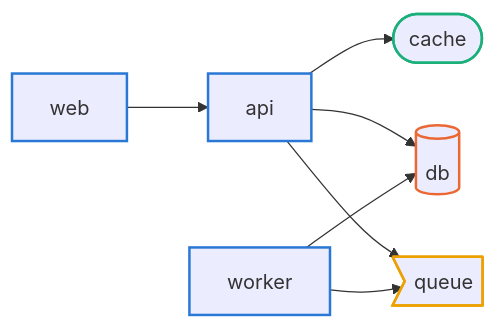
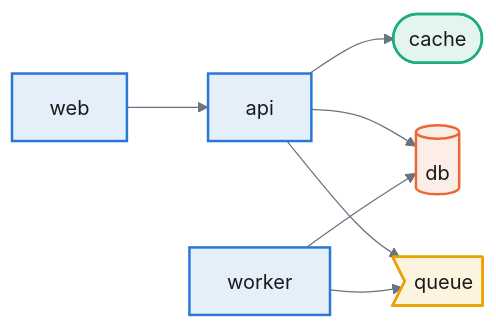
The diagram in ARCHITECTURE.md (edgaragg/trazo), drawn with Mermaid before and after one commit. The commit also changed 4 other files, not shown here.

````diff
--- a/ARCHITECTURE.md
+++ b/ARCHITECTURE.md
@@ -6,23 +6,24 @@
 ```mermaid
+%%{init: {'theme':'base','themeVariables':{'lineColor':'#6b7280'}}}%%
 flowchart LR
   n_api["api"]
   n_cache(["cache"])
   n_db[("db")]
   n_queue>"queue"]
   n_web["web"]
   n_worker["worker"]
   n_api --> n_cache
   n_api --> n_db
   n_api --> n_queue
   n_web --> n_api
   n_worker --> n_db
   n_worker --> n_queue
-  classDef kind_service stroke:#2a78d6,stroke-width:2px
+  classDef kind_service fill:#e5effa,stroke:#2a78d6,stroke-width:2px,color:#1a1a1a
   class n_api,n_web,n_worker kind_service
-  classDef kind_database stroke:#eb6834,stroke-width:2px
+  classDef kind_database fill:#fdede7,stroke:#eb6834,stroke-width:2px,color:#1a1a1a
   class n_db kind_database
-  classDef kind_cache stroke:#1baf7a,stroke-width:2px
+  classDef kind_cache fill:#e4f5ef,stroke:#1baf7a,stroke-width:2px,color:#1a1a1a
   class n_cache kind_cache
-  classDef kind_queue stroke:#eda100,stroke-width:2px
+  classDef kind_queue fill:#fdf4e0,stroke:#eda100,stroke-width:2px,color:#1a1a1a
   class n_queue kind_queue
 ```
````
